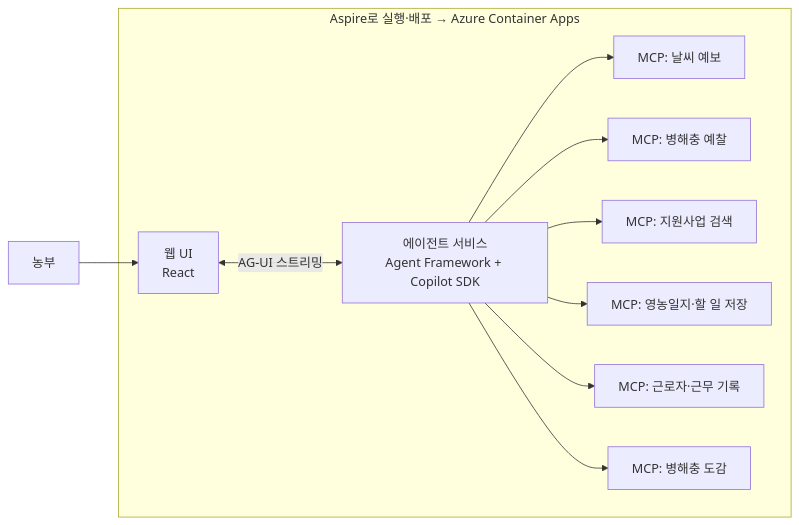
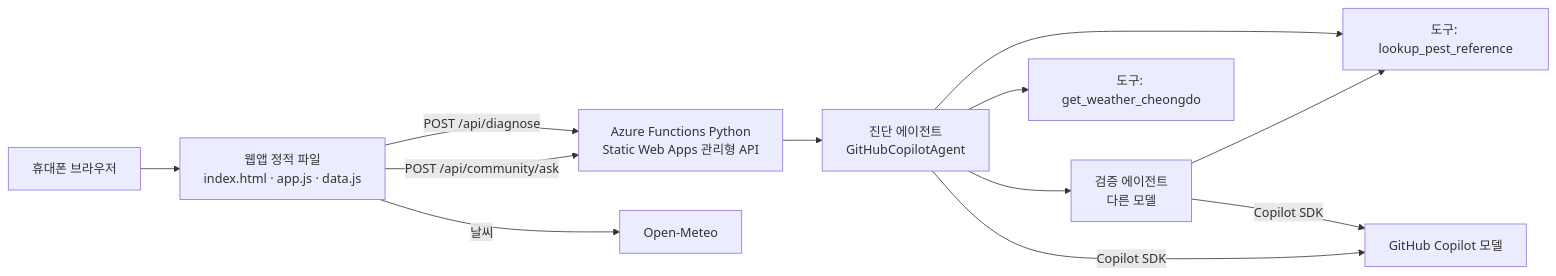
The diagram in TRD.md (Team-minari-white-kimch/Team_minari-white-kimch), drawn with Mermaid before and after one commit. The commit also changed other lines of this file and 13 other files, not shown here.

First line of the commit message:
[feat] Copilot SDK + Agent Framework 에이전트 API와 문서 정리

````diff
--- a/TRD.md
+++ b/TRD.md
@@ -7,21 +7,13 @@
 ```mermaid
 flowchart LR
-  U[농부] --> W[웹 UI<br/>React]
-  W <-- AG-UI 스트리밍 --> A[에이전트 서비스<br/>Agent Framework + Copilot SDK]
-  A --> M1[MCP: 날씨 예보]
-  A --> M2[MCP: 병해충 예찰]
-  A --> M3[MCP: 지원사업 검색]
-  A --> M4[MCP: 영농일지·할 일 저장]
-  A --> M5[MCP: 근로자·근무 기록]
-  A --> M6[MCP: 병해충 도감]
-  subgraph Aspire[Aspire로 실행·배포 → Azure Container Apps]
-    W
-    A
-    M1
-    M2
-    M3
-    M4
-    M5
-    M6
-  end
+  U[휴대폰 브라우저] --> W[웹앱 정적 파일<br>index.html · app.js · data.js]
+  W -->|POST /api/diagnose| F[Azure Functions Python<br>Static Web Apps 관리형 API]
+  W -->|POST /api/community/ask| F
+  W -->|날씨| OM[Open-Meteo]
+  F --> D[진단 에이전트<br>GitHubCopilotAgent]
+  D --> T1[도구: lookup_pest_reference]
+  D --> T2[도구: get_weather_cheongdo]
+  D --> J[검증 에이전트<br>다른 모델]
+  J --> T1
+  D & J -->|Copilot SDK| M[GitHub Copilot 모델]
 ```
````
